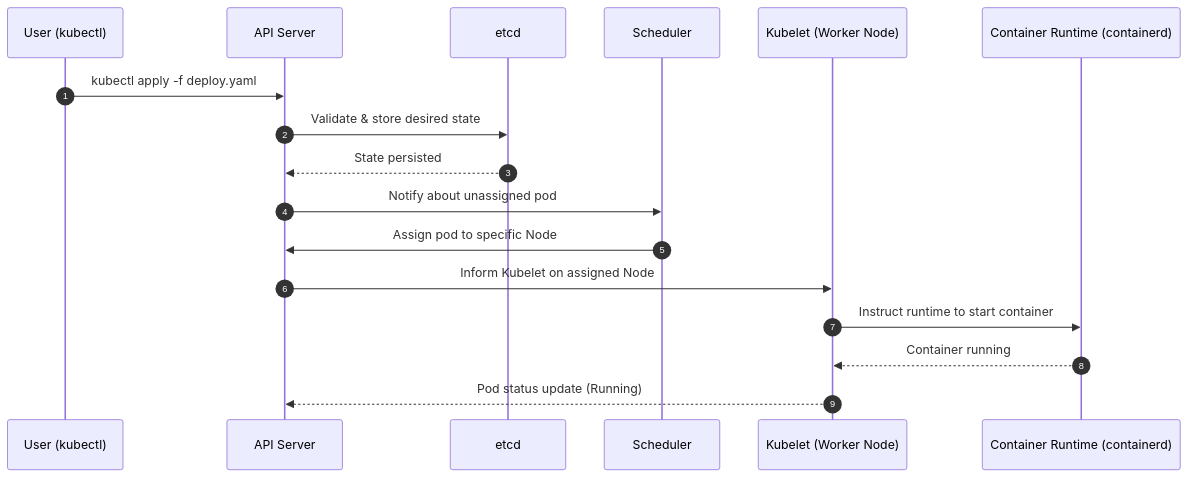
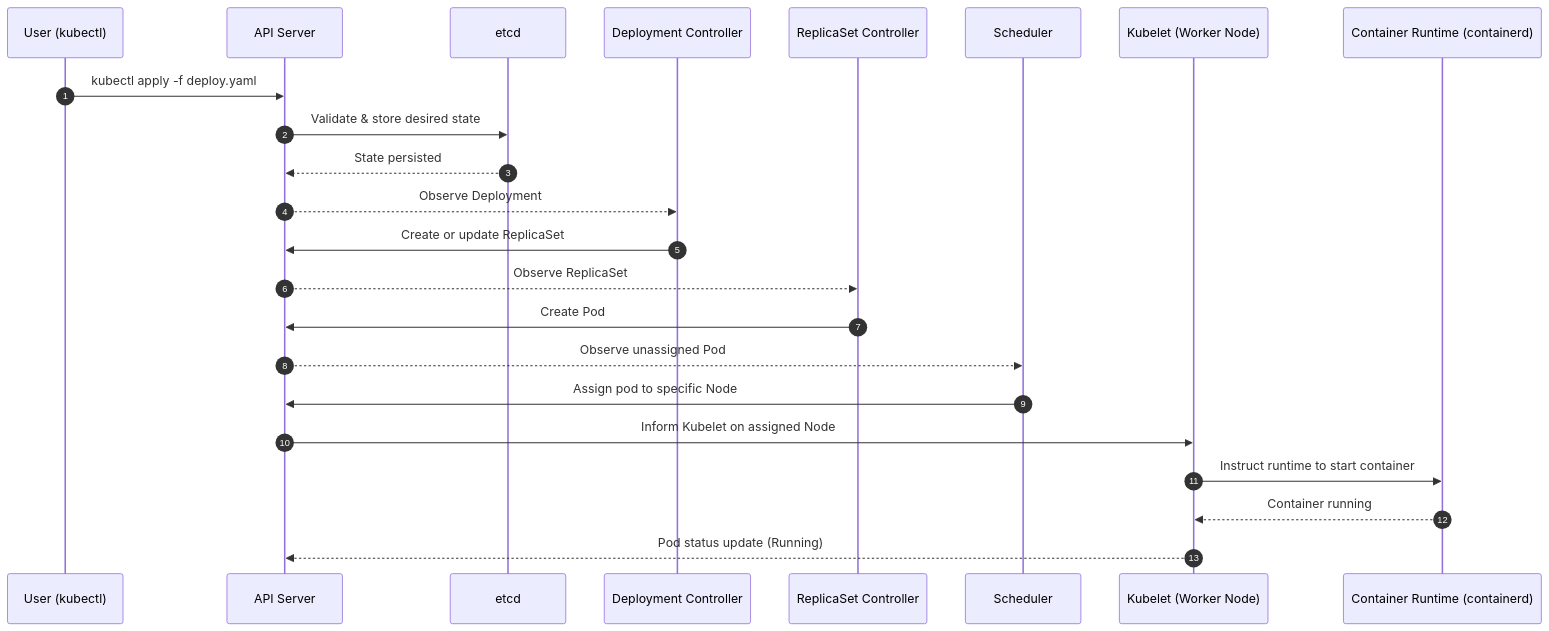
The fourth of 4 diagrams in src/content/docs/prerequisites/cloud-native-101/module-1.3-what-is-kubernetes.md (kube-dojo/kube-dojo.github.io), drawn with Mermaid before and after one commit. The commit also changed other lines of this file and 3 other files, not shown here.

````diff
--- a/src/content/docs/prerequisites/cloud-native-101/module-1.3-what-is-kubernetes.md
+++ b/src/content/docs/prerequisites/cloud-native-101/module-1.3-what-is-kubernetes.md
@@ -304,20 +304,26 @@
 ```mermaid
 sequenceDiagram
     autonumber
     participant U as User (kubectl)
     participant API as API Server
     participant ETCD as etcd
+    participant D as Deployment Controller
+    participant R as ReplicaSet Controller
     participant S as Scheduler
     participant K as Kubelet (Worker Node)
     participant C as Container Runtime (containerd)
 
     U->>API: kubectl apply -f deploy.yaml
     API->>ETCD: Validate & store desired state
     ETCD-->>API: State persisted
-    API->>S: Notify about unassigned pod
+    API-->>D: Observe Deployment
+    D->>API: Create or update ReplicaSet
+    API-->>R: Observe ReplicaSet
+    R->>API: Create Pod
+    API-->>S: Observe unassigned Pod
     S->>API: Assign pod to specific Node
     API->>K: Inform Kubelet on assigned Node
     K->>C: Instruct runtime to start container
     C-->>K: Container running
     K-->>API: Pod status update (Running)
 ```
````
